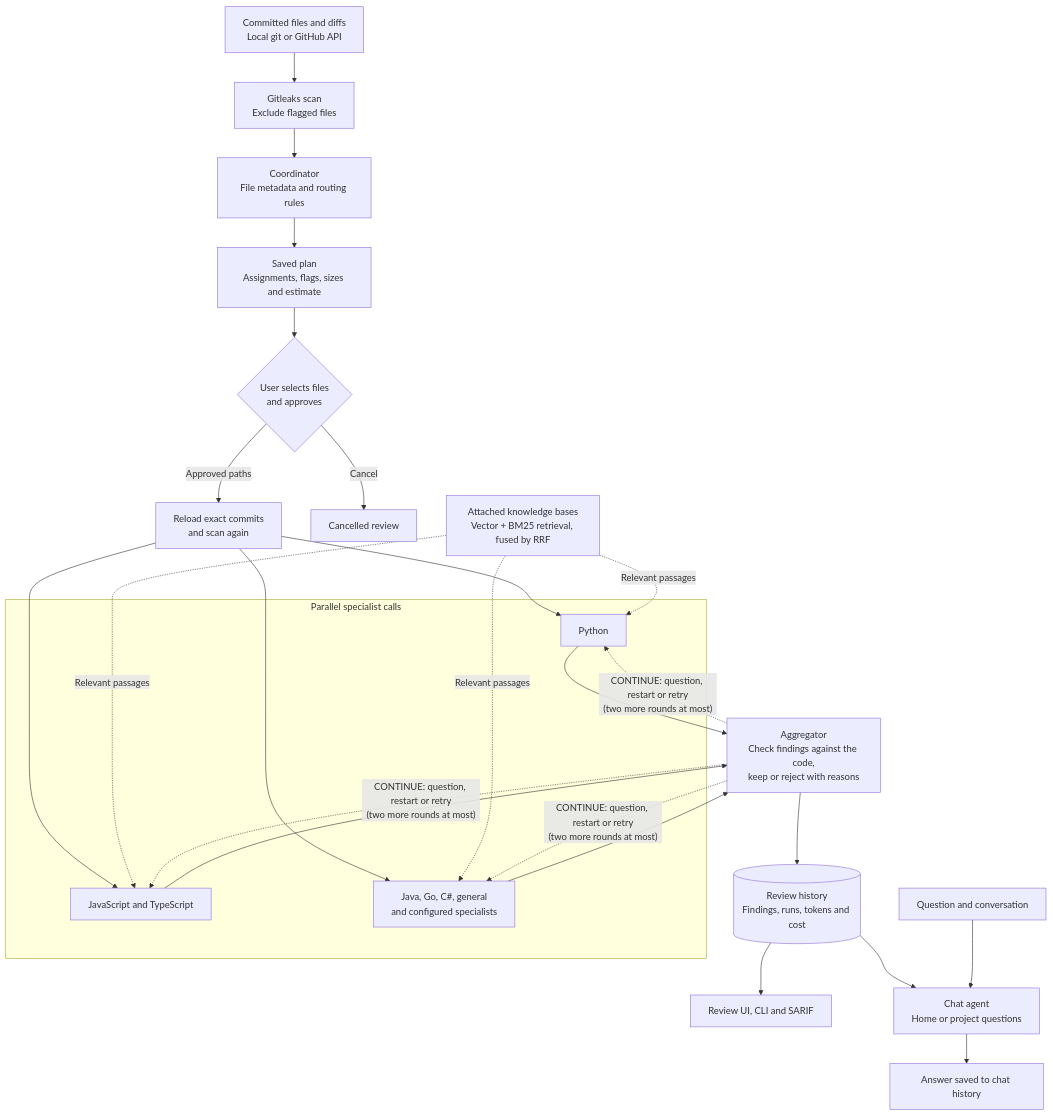
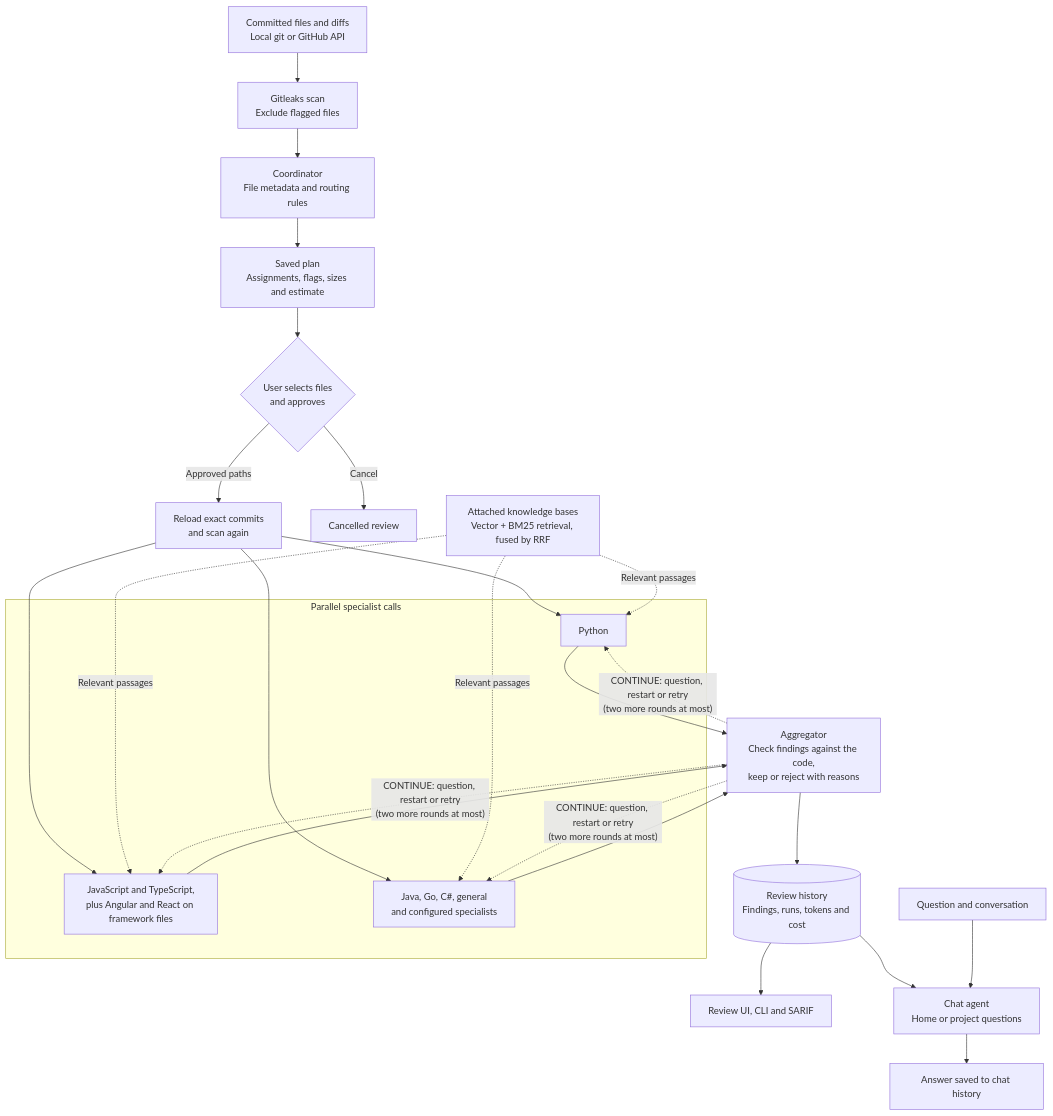
One commit to gcward18/code-review-tool changed the first of 4 diagrams in README.md. Above: the diagram before and after it, drawn with Mermaid. The commit also changed other lines of this file and 13 other files, not shown here.

Commit message:
Review Angular and React files with a framework specialist beside their language specialist

````diff
--- a/README.md
+++ b/README.md
@@ -16,24 +16,24 @@
 ```mermaid
 flowchart TD
     Source["Committed files and diffs<br/>Local git or GitHub API"] --> Scan["Gitleaks scan<br/>Exclude flagged files"]
     Scan --> Coordinator["Coordinator<br/>File metadata and routing rules"]
     Coordinator --> Plan["Saved plan<br/>Assignments, flags, sizes and estimate"]
     Plan --> Approval{"User selects files<br/>and approves"}
     Approval -->|Approved paths| Reload["Reload exact commits<br/>and scan again"]
     Approval -->|Cancel| Cancelled["Cancelled review"]
 
     subgraph Specialists["Parallel specialist calls"]
         Python["Python"]
-        Web["JavaScript and TypeScript"]
+        Web["JavaScript and TypeScript,<br/>plus Angular and React on framework files"]
         Other["Java, Go, C#, general<br/>and configured specialists"]
     end
     Reload --> Python & Web & Other
     Knowledge["Attached knowledge bases<br/>Vector + BM25 retrieval, fused by RRF"] -. Relevant passages .-> Python & Web & Other
     Python & Web & Other --> Aggregator["Aggregator<br/>Check findings against the code,<br/>keep or reject with reasons"]
     Aggregator -. "CONTINUE: question, restart or retry<br/>(two more rounds at most)" .-> Python & Web & Other
     Aggregator --> History[("Review history<br/>Findings, runs, tokens and cost")]
     History --> Results["Review UI, CLI and SARIF"]
     History --> Chat["Chat agent<br/>Home or project questions"]
     Question["Question and conversation"] --> Chat
     Chat --> Answer["Answer saved to chat history"]
 ```
````
